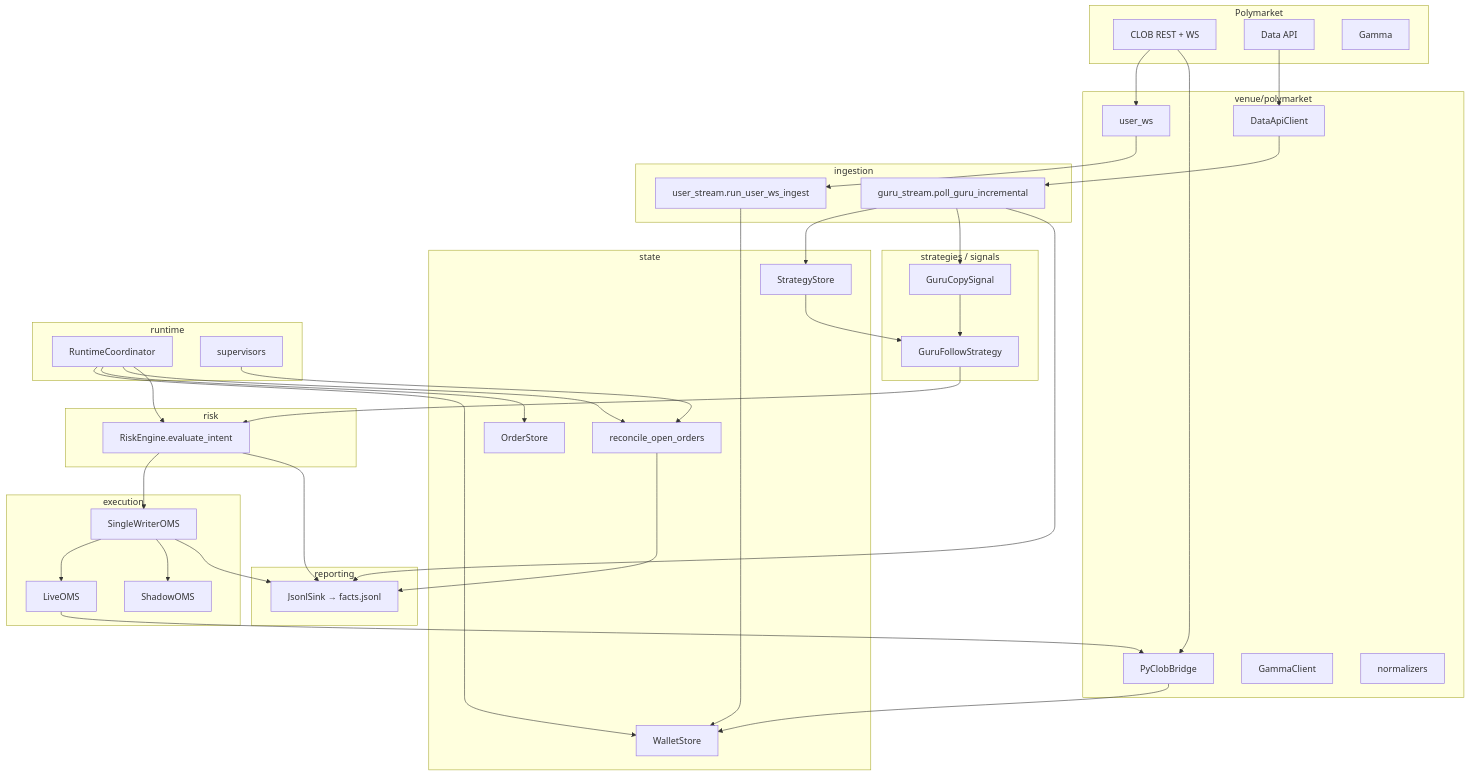
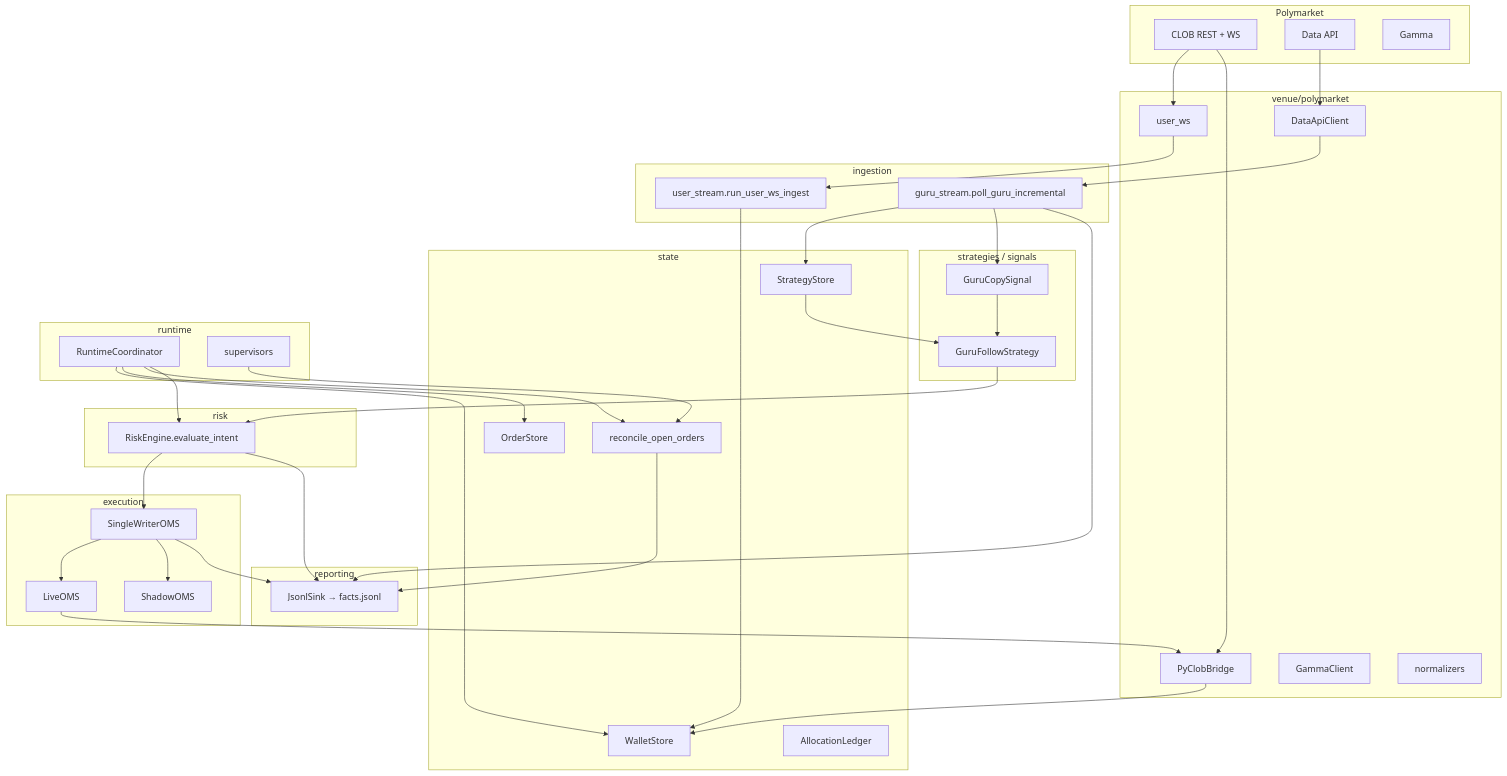
One commit to eliesgherbi/Tyrex_PM changed the diagram in Docs/Architecture.md. Above: the diagram before and after it, drawn with Mermaid. The commit also changed other lines of this file and 54 other files, not shown here.

````diff
--- a/Docs/Architecture.md
+++ b/Docs/Architecture.md
@@ -40,70 +40,71 @@
 ```mermaid
 flowchart TB
   subgraph Venue[Polymarket]
     CLOB[CLOB REST + WS]
     DataAPI[Data API]
     Gamma[Gamma]
   end
 
   subgraph Adapters[venue/polymarket]
     Bridge[PyClobBridge]
     UserWS[user_ws]
     DAClient[DataApiClient]
     GammaCl[GammaClient]
     Norm[normalizers]
   end
 
   subgraph Ingest[ingestion]
     GuruPoll[guru_stream.poll_guru_incremental]
     UserIngest[user_stream.run_user_ws_ingest]
   end
 
   subgraph State[state]
     Wallet[WalletStore]
     Orders[OrderStore]
+    Ledger[AllocationLedger]
     Strat[StrategyStore]
     Reconcile[reconcile_open_orders]
   end
 
   subgraph Strategy[strategies / signals]
     Sig[GuruCopySignal]
     GF[GuruFollowStrategy]
   end
 
   subgraph Risk[risk]
     Engine[RiskEngine.evaluate_intent]
   end
 
   subgraph Exec[execution]
     OMS[SingleWriterOMS]
     Live[LiveOMS]
     Shadow[ShadowOMS]
   end
 
   subgraph Report[reporting]
     Facts[JsonlSink → facts.jsonl]
   end
 
   subgraph RT[runtime]
     Coord[RuntimeCoordinator]
     Supers[supervisors]
   end
 
   DataAPI --> DAClient --> GuruPoll --> Strat
   CLOB --> UserWS --> UserIngest --> Wallet
   CLOB --> Bridge
   Bridge --> Wallet
   Strat --> GF
   GuruPoll --> Sig --> GF --> Engine
   Engine --> OMS --> Live --> Bridge
   OMS --> Shadow
   Coord --> Wallet
   Coord --> Orders
   Coord --> Reconcile
   Supers --> Reconcile
   Coord --> Engine
   Engine --> Facts
   Reconcile --> Facts
   GuruPoll --> Facts
   OMS --> Facts
 ```
````
